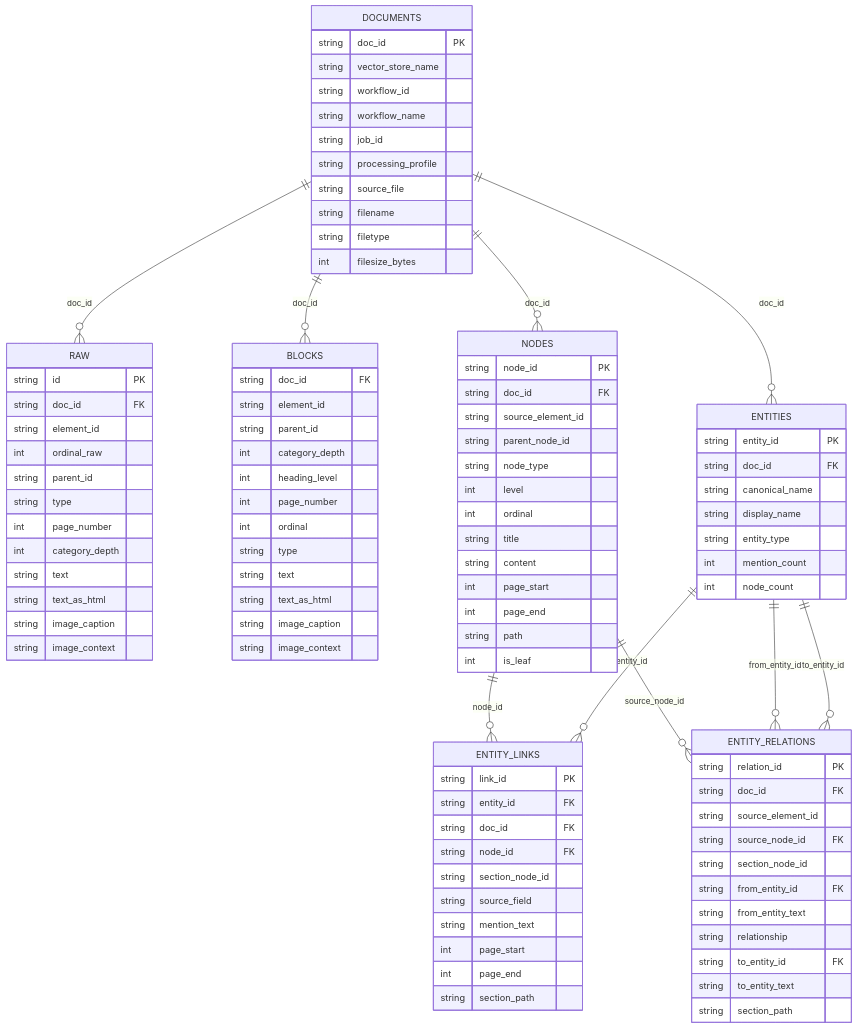
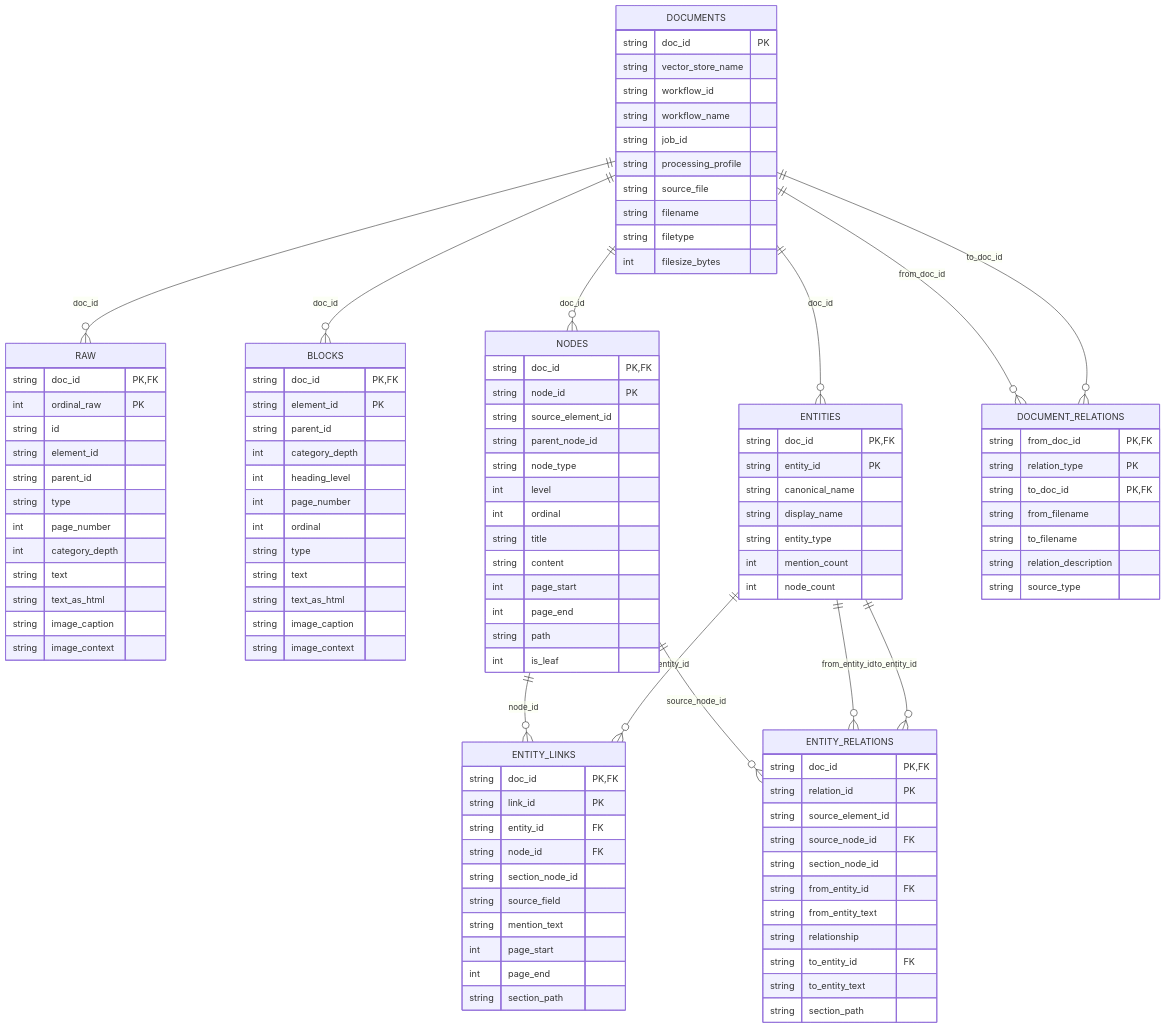
Before and after one commit to xuhaibintd/EVSUI: the second of 4 diagrams in docs/bookrag_pipeline_diagram.md, drawn with Mermaid. The commit also changed other lines of this file and 1 other file, not shown here.

Commit message:
Document overall EVSUI architecture

````diff
--- a/docs/bookrag_pipeline_diagram.md
+++ b/docs/bookrag_pipeline_diagram.md
@@ -52,6 +52,8 @@
     DOCUMENTS ||--o{ BLOCKS : "doc_id"
     DOCUMENTS ||--o{ NODES : "doc_id"
     DOCUMENTS ||--o{ ENTITIES : "doc_id"
+    DOCUMENTS ||--o{ DOCUMENT_RELATIONS : "from_doc_id"
+    DOCUMENTS ||--o{ DOCUMENT_RELATIONS : "to_doc_id"
 
     NODES ||--o{ ENTITY_LINKS : "node_id"
     NODES ||--o{ ENTITY_RELATIONS : "source_node_id"
@@ -73,10 +75,10 @@
     }
 
     RAW {
-        string id PK
-        string doc_id FK
+        string doc_id PK,FK
+        int ordinal_raw PK
+        string id
         string element_id
-        int ordinal_raw
         string parent_id
         string type
         int page_number
@@ -88,8 +90,8 @@
     }
 
     BLOCKS {
-        string doc_id FK
-        string element_id
+        string doc_id PK,FK
+        string element_id PK
         string parent_id
         int category_depth
         int heading_level
@@ -103,8 +105,8 @@
     }
 
     NODES {
+        string doc_id PK,FK
         string node_id PK
-        string doc_id FK
         string source_element_id
         string parent_node_id
         string node_type
@@ -119,8 +121,8 @@
     }
 
     ENTITIES {
+        string doc_id PK,FK
         string entity_id PK
-        string doc_id FK
         string canonical_name
         string display_name
         string entity_type
@@ -129,9 +131,9 @@
     }
 
     ENTITY_LINKS {
+        string doc_id PK,FK
         string link_id PK
         string entity_id FK
-        string doc_id FK
         string node_id FK
         string section_node_id
         string source_field
@@ -142,8 +144,8 @@
     }
 
     ENTITY_RELATIONS {
+        string doc_id PK,FK
         string relation_id PK
-        string doc_id FK
         string source_element_id
         string source_node_id FK
         string section_node_id
@@ -154,4 +156,14 @@
         string to_entity_text
         string section_path
     }
+
+    DOCUMENT_RELATIONS {
+        string from_doc_id PK,FK
+        string relation_type PK
+        string to_doc_id PK,FK
+        string from_filename
+        string to_filename
+        string relation_description
+        string source_type
+    }
 ```
````
